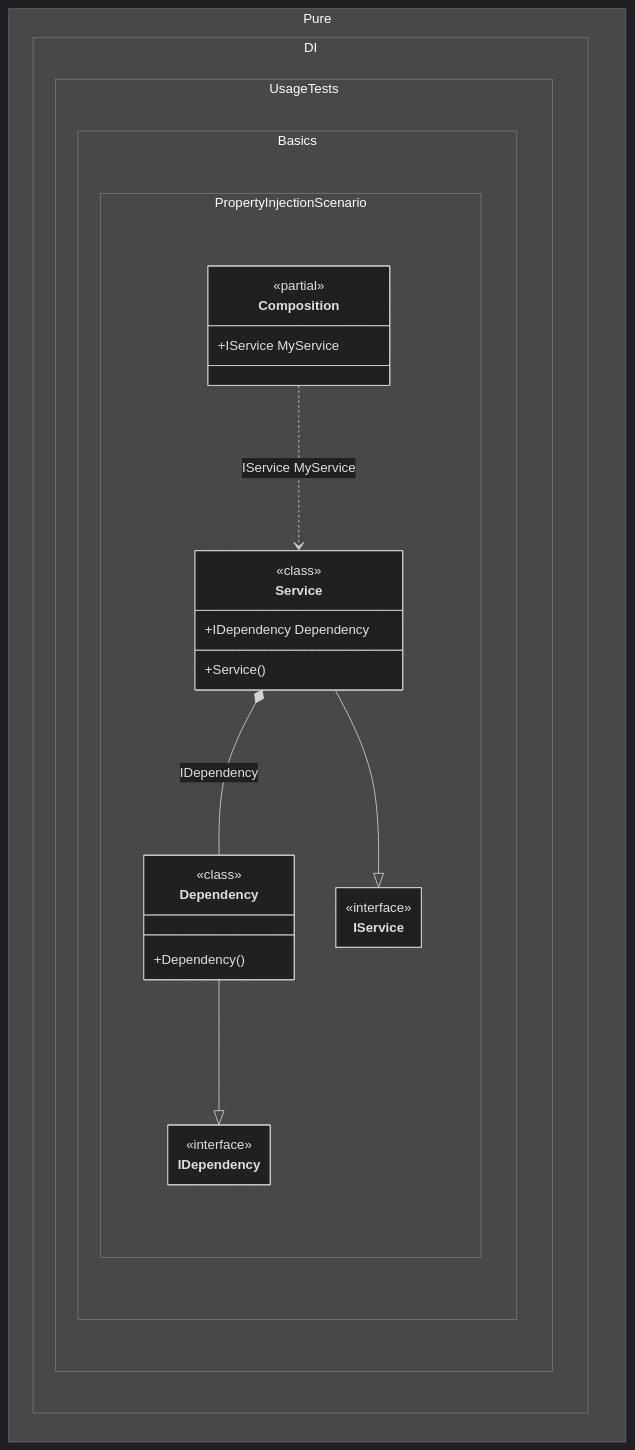
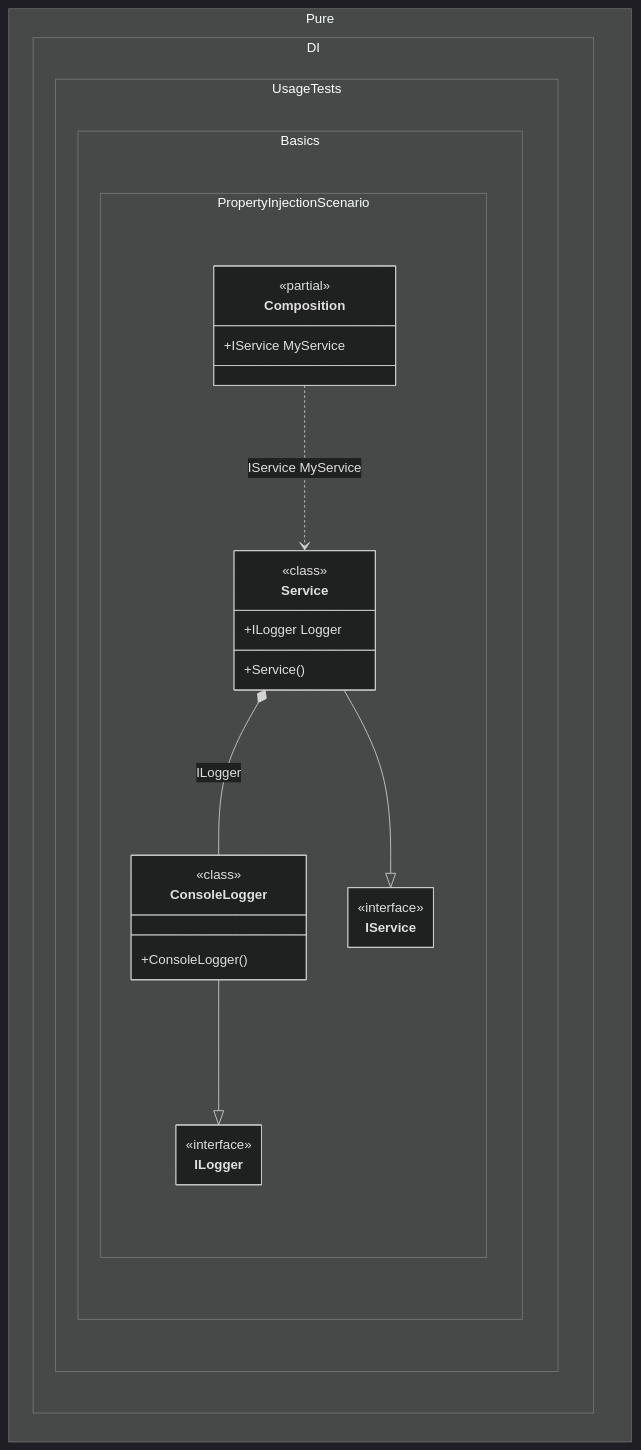
One commit to DevTeam/Pure.DI changed the diagram in readme/property-injection.md. Above: the diagram before and after it, drawn with Mermaid (dark theme). The commit also changed other lines of this file and 126 other files, not shown here.

````diff
--- a/readme/property-injection.md
+++ b/readme/property-injection.md
@@ -100,35 +101,35 @@
 ```mermaid
 ---
  config:
   maxTextSize: 2147483647
   maxEdges: 2147483647
   class:
    hideEmptyMembersBox: true
 ---
 classDiagram
-	Dependency --|> IDependency
+	ConsoleLogger --|> ILogger
 	Service --|> IService
 	Composition ..> Service : IService MyService
-	Service *--  Dependency : IDependency
+	Service *--  ConsoleLogger : ILogger
 	namespace Pure.DI.UsageTests.Basics.PropertyInjectionScenario {
 		class Composition {
 		<<partial>>
 		+IService MyService
 		}
-		class Dependency {
+		class ConsoleLogger {
 				<<class>>
-			+Dependency()
+			+ConsoleLogger()
 		}
-		class IDependency {
+		class ILogger {
 			<<interface>>
 		}
 		class IService {
 			<<interface>>
 		}
 		class Service {
 				<<class>>
 			+Service()
-			+IDependency Dependency
+			+ILogger Logger
 		}
 	}
 ```
````
